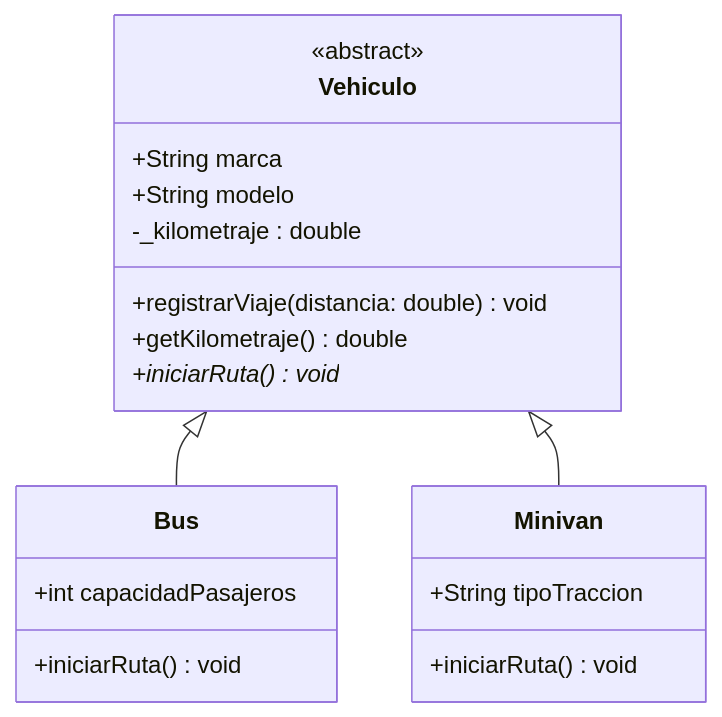
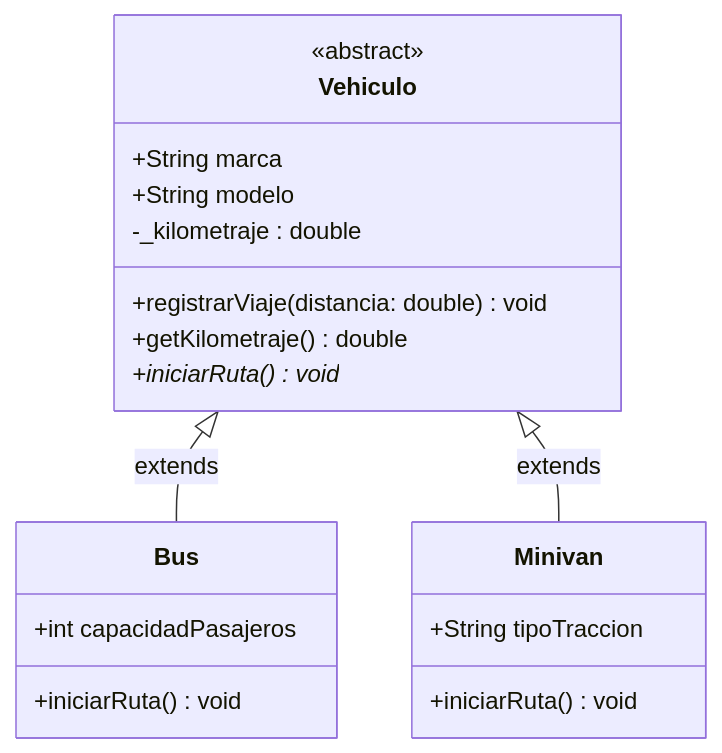
The diagram in 2. POO - DART/1_ejem_poo_dart.md (QuinterosF/Instalaciones---Taller-de-Des.-de-Apps-para-Disp.-M-viles), drawn with Mermaid before and after one commit. The commit also changed other lines of this file, not shown here.

````diff
--- a/2. POO - DART/1_ejem_poo_dart.md
+++ b/2. POO - DART/1_ejem_poo_dart.md
@@ -15,28 +15,28 @@
 ```mermaid
 classDiagram
 
 
 
     class Vehiculo {
         <<abstract>>
         +String marca
         +String modelo
         -_kilometraje : double
         +registrarViaje(distancia: double) void
         +getKilometraje() double
         +iniciarRuta()* void
     }
     
     class Bus {
         +int capacidadPasajeros
         +iniciarRuta() void
     }
     
     class Minivan {
         +String tipoTraccion
         +iniciarRuta() void
     }
     
-    Vehiculo <|-- Bus
-    Vehiculo <|-- Minivan
+    Vehiculo <|-- Bus : extends
+    Vehiculo <|-- Minivan : extends
 ```
````
